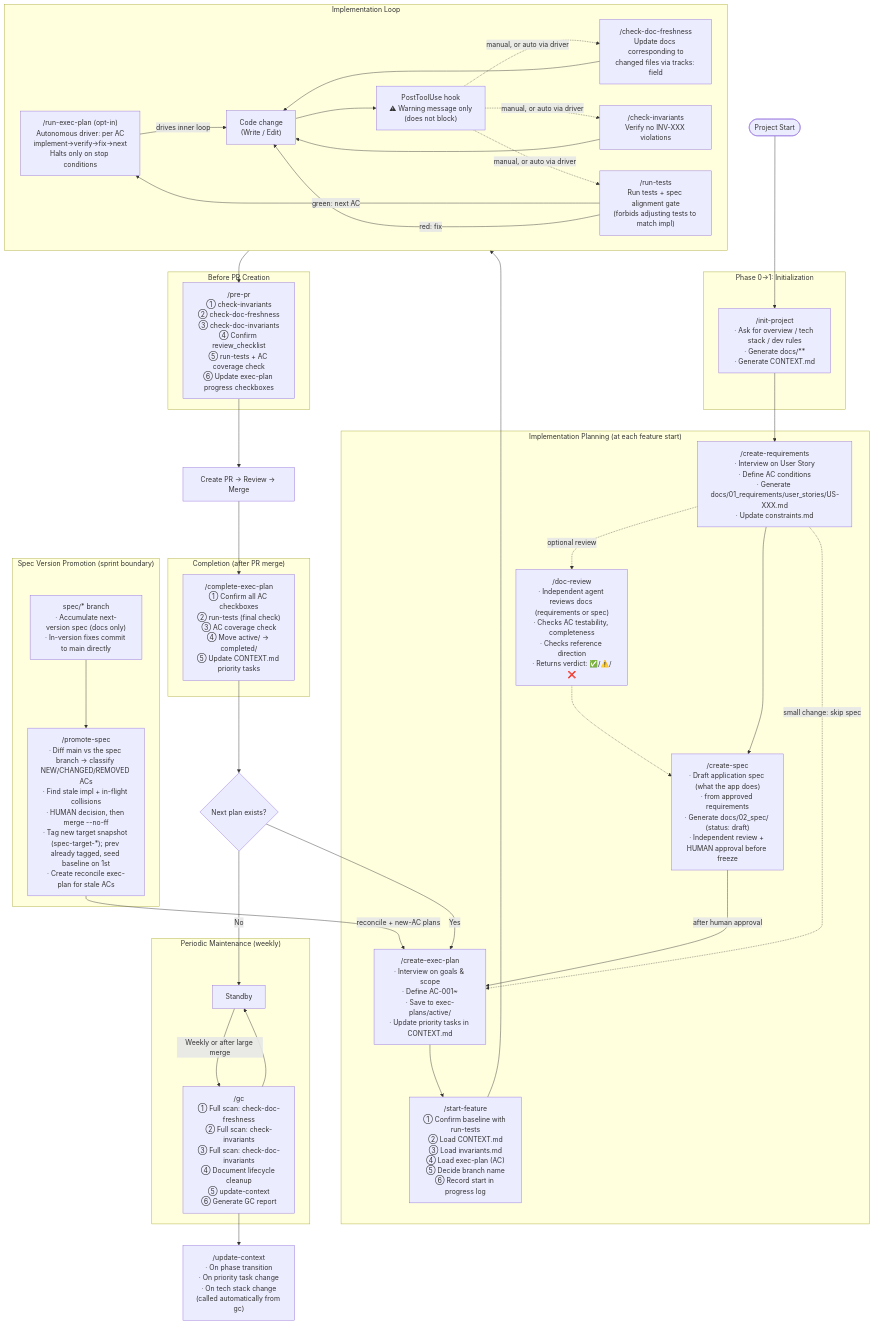
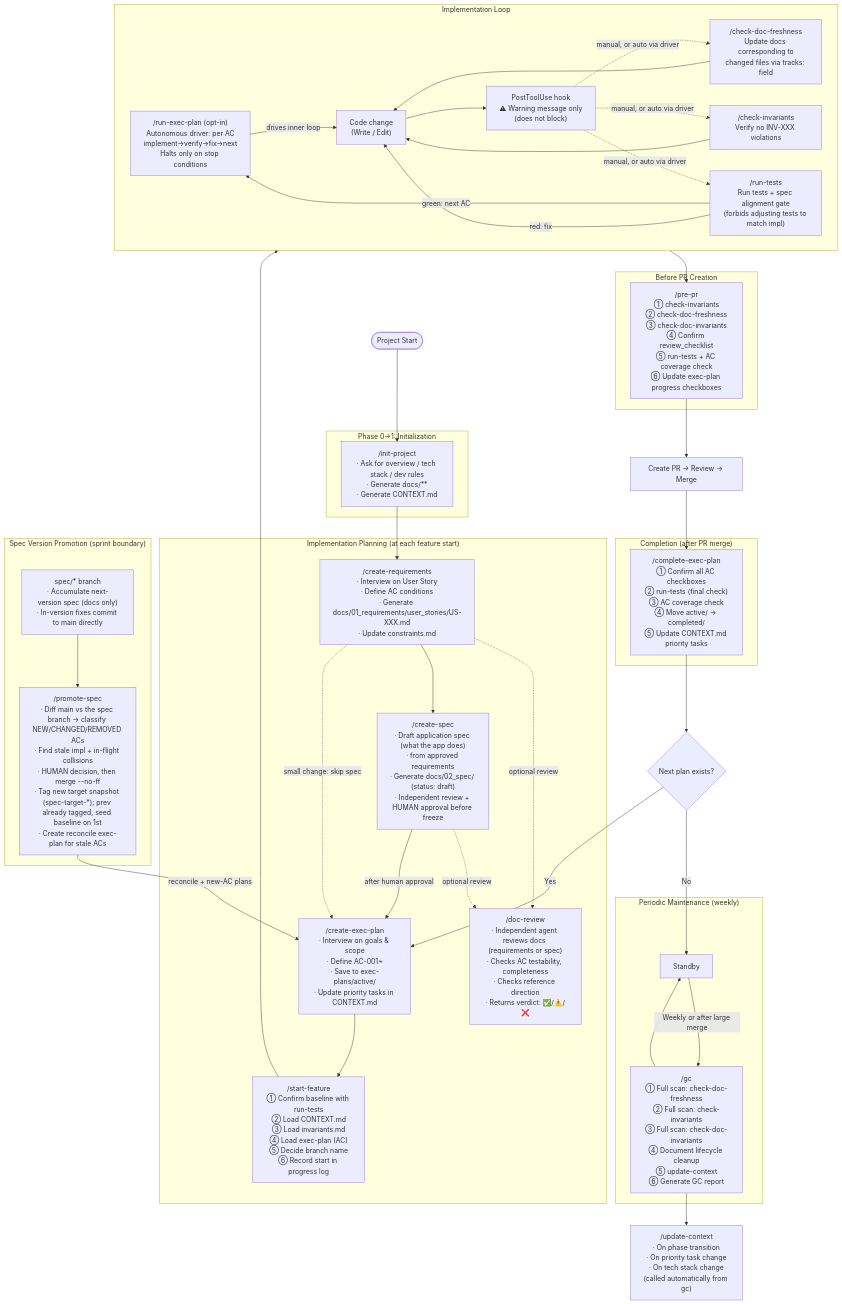
Before and after one commit to aki-senri/DocDDTemplate: the first of 2 diagrams in SKILL_FLOW.md, drawn with Mermaid. The commit also changed 2 other files, not shown here.

Commit message:
fix: PR #18 Copilot レビュー指摘3件に対応
- SKILL_FLOW.md: フロー図に create-spec→doc-review（仕様の独立レビュー）辺を
  追加。関係表にあるのに図で欠落し工程が見落とされる点を是正
- create-spec: Step 1 に要件の承認チェックを追加。US が status: draft の場合は
  HALT し承認を促す（「承認済み要件から起草」を実ゲート化）
- doc-review: パス→種別表に docs/02_spec/ を追加し仕様を Application spec として
  認識（General document 誤分類を解消）。種別候補・次手順も更新

````diff
--- a/SKILL_FLOW.md
+++ b/SKILL_FLOW.md
@@ -11,82 +11,82 @@
 ```mermaid
 flowchart TD
     START([Project Start]) --> INIT
 
     subgraph PHASE01["Phase 0→1: Initialization"]
         INIT["/init-project\n· Ask for overview / tech stack / dev rules\n· Generate docs/**\n· Generate CONTEXT.md"]
     end
 
     INIT --> REQ
 
     subgraph PLAN_PHASE["Implementation Planning (at each feature start)"]
         REQ["/create-requirements\n· Interview on User Story\n· Define AC conditions\n· Generate docs/01_requirements/user_stories/US-XXX.md\n· Update constraints.md"]
         REQ -.->|optional review| DR
         DR["/doc-review\n· Independent agent reviews docs (requirements or spec)\n· Checks AC testability, completeness\n· Checks reference direction\n· Returns verdict: ✅/⚠️/❌"]
         SPEC["/create-spec\n· Draft application spec (what the app does)\n· from approved requirements\n· Generate docs/02_spec/ (status: draft)\n· Independent review + HUMAN approval before freeze"]
         REQ --> SPEC
-        DR -.-> SPEC
+        SPEC -.->|optional review| DR
         SPEC -->|after human approval| PLAN
         REQ -.->|small change: skip spec| PLAN
         PLAN["/create-exec-plan\n· Interview on goals & scope\n· Define AC-001~\n· Save to exec-plans/active/\n· Update priority tasks in CONTEXT.md"]
         PLAN --> SF
         SF["/start-feature\n① Confirm baseline with run-tests\n② Load CONTEXT.md\n③ Load invariants.md\n④ Load exec-plan (AC)\n⑤ Decide branch name\n⑥ Record start in progress log"]
     end
 
     SF --> IMPL
 
     subgraph IMPL["Implementation Loop"]
         DRIVER["/run-exec-plan (opt-in)\nAutonomous driver: per AC\nimplement→verify→fix→next\nHalts only on stop conditions"]
         CODE["Code change\n(Write / Edit)"]
         HOOK["PostToolUse hook\n⚠ Warning message only\n(does not block)"]
         CDF["/check-doc-freshness\nUpdate docs corresponding to\nchanged files via tracks: field"]
         CI["/check-invariants\nVerify no INV-XXX violations"]
         RT["/run-tests\nRun tests + spec alignment gate\n(forbids adjusting tests to match impl)"]
 
         DRIVER -->|drives inner loop| CODE
         CODE --> HOOK
         HOOK -.->|manual, or auto via driver| CDF
         HOOK -.->|manual, or auto via driver| CI
         HOOK -.->|manual, or auto via driver| RT
         CDF --> CODE
         CI --> CODE
         RT -->|green: next AC| DRIVER
         RT -->|red: fix| CODE
     end
 
     IMPL --> PREPR
 
     subgraph PREPR_PHASE["Before PR Creation"]
         PREPR["/pre-pr\n① check-invariants\n② check-doc-freshness\n③ check-doc-invariants\n④ Confirm review_checklist\n⑤ run-tests + AC coverage check\n⑥ Update exec-plan progress checkboxes"]
     end
 
     PREPR --> PR
     PR["Create PR → Review → Merge"]
     PR --> COMPLETE
 
     subgraph COMPLETE_PHASE["Completion (after PR merge)"]
         COMPLETE["/complete-exec-plan\n① Confirm all AC checkboxes\n② run-tests (final check)\n③ AC coverage check\n④ Move active/ → completed/\n⑤ Update CONTEXT.md priority tasks"]
     end
 
     COMPLETE --> NEXT
     NEXT{Next plan exists?}
     NEXT -->|Yes| PLAN
     NEXT -->|No| GC_WAIT
 
     subgraph GC_PHASE["Periodic Maintenance (weekly)"]
         GC_WAIT["Standby"]
         GC["/gc\n① Full scan: check-doc-freshness\n② Full scan: check-invariants\n③ Full scan: check-doc-invariants\n④ Document lifecycle cleanup\n⑤ update-context\n⑥ Generate GC report"]
         GC_WAIT -->|Weekly or after large merge| GC
         GC --> GC_WAIT
     end
 
     subgraph SPEC_PROMO["Spec Version Promotion (sprint boundary)"]
         SPECBR["spec/* branch\n· Accumulate next-version spec (docs only)\n· In-version fixes commit to main directly"]
         PROMO["/promote-spec\n· Diff main vs the spec branch → classify NEW/CHANGED/REMOVED ACs\n· Find stale impl + in-flight collisions\n· HUMAN decision, then merge --no-ff\n· Tag new target snapshot (spec-target-*); prev already tagged, seed baseline on 1st\n· Create reconcile exec-plan for stale ACs"]
         SPECBR --> PROMO
     end
 
     PROMO -->|reconcile + new-AC plans| PLAN
 
     UC["/update-context\n· On phase transition\n· On priority task change\n· On tech stack change\n(called automatically from gc)"]
     GC --> UC
 ```
````
